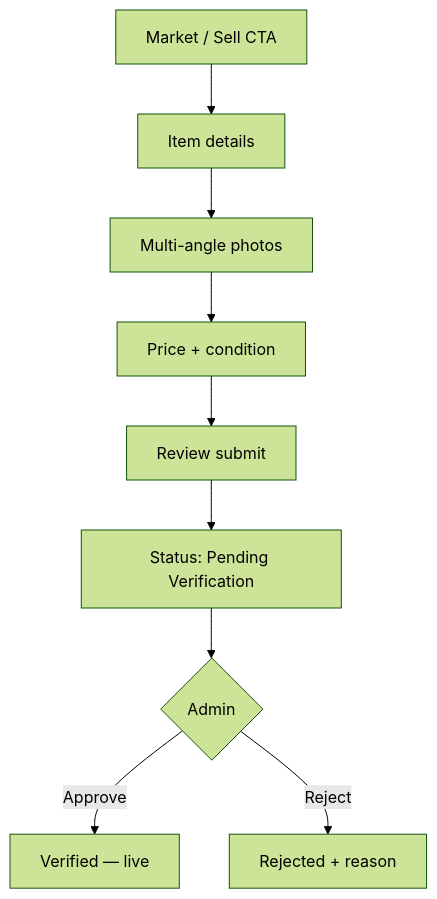
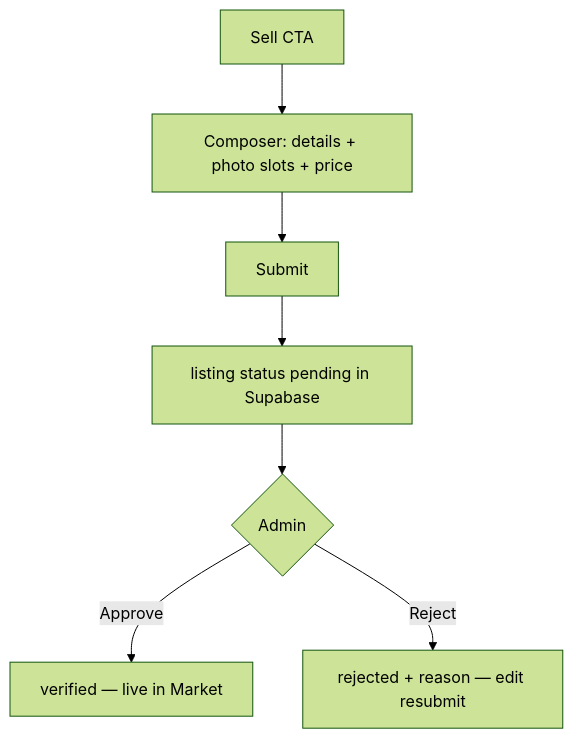
Before and after one commit to raplyhollow2/ebumarket: the second of 4 diagrams in docs/flows/user-flows.md, drawn with Mermaid (forest theme). The commit also changed other lines of this file and 17 other files, not shown here.

First line of the commit message:
Close Zyra drawing-board gaps for live Supabase implementation

````diff
--- a/docs/flows/user-flows.md
+++ b/docs/flows/user-flows.md
@@ -31,11 +30,9 @@
 ```mermaid
 flowchart TD
-  A[Market / Sell CTA] --> B[Item details]
-  B --> C[Multi-angle photos]
-  C --> D[Price + condition]
-  D --> E[Review submit]
-  E --> F[Status: Pending Verification]
-  F --> G{Admin}
-  G -->|Approve| H[Verified — live]
-  G -->|Reject| I[Rejected + reason]
+  A[Sell CTA] --> B[Composer: details + photo slots + price]
+  B --> C[Submit]
+  C --> D[listing status pending in Supabase]
+  D --> E{Admin}
+  E -->|Approve| F[verified — live in Market]
+  E -->|Reject| G[rejected + reason — edit resubmit]
 ```
````
